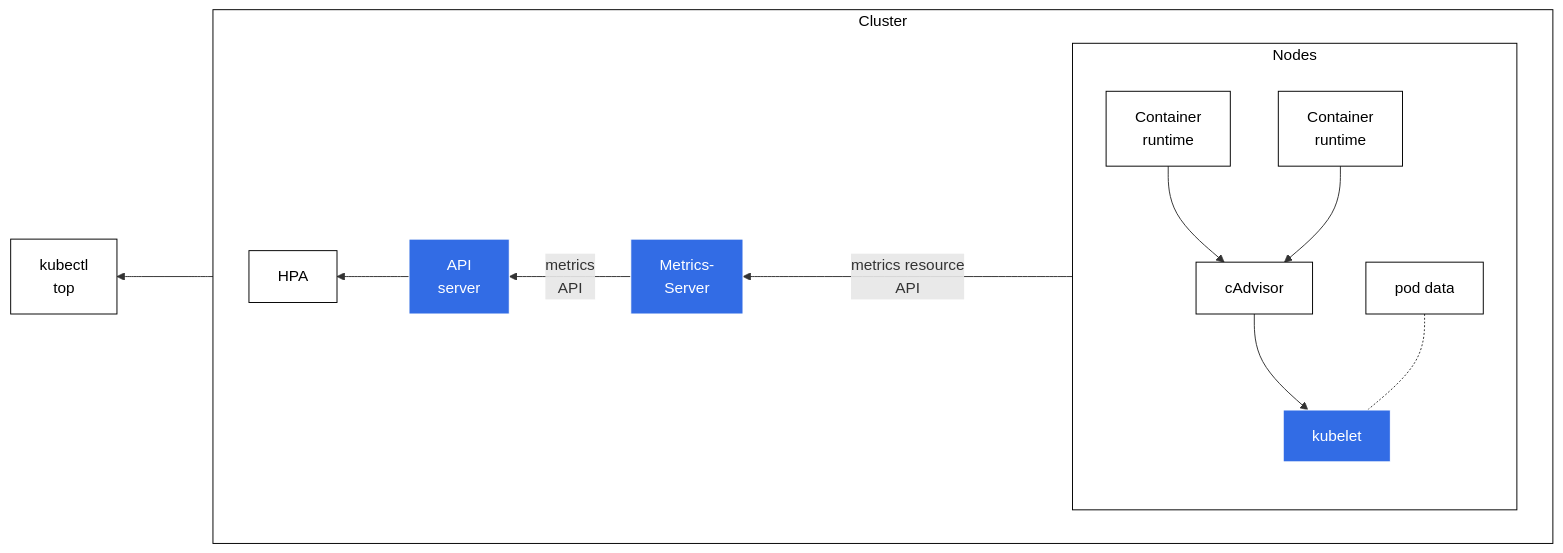
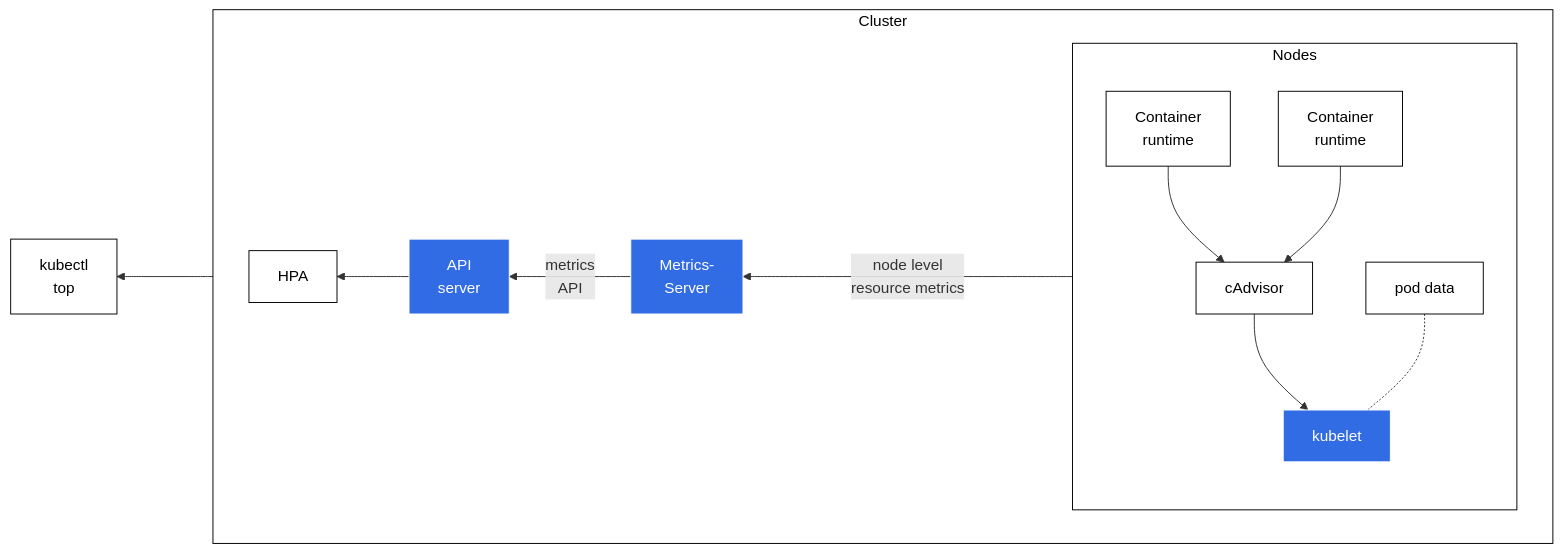
The diagram in content/en/docs/tasks/debug/debug-cluster/resource-metrics-pipeline.md (kubernetes/website), drawn with Mermaid before and after one commit.

Commit message:
Update resource metrics API to node level resource metrics

```diff
--- a/content/en/docs/tasks/debug/debug-cluster/resource-metrics-pipeline.md
+++ b/content/en/docs/tasks/debug/debug-cluster/resource-metrics-pipeline.md
@@ -38,25 +38,25 @@
 {{< mermaid >}}
 flowchart RL
 subgraph cluster[Cluster]
 direction RL
 S[ <br><br> ]
 A[Metrics-<br>Server]
 subgraph B[Nodes]
 direction TB
 D[cAdvisor] --> C[kubelet]
 E[Container<br>runtime] --> D
 E1[Container<br>runtime] --> D
 P[pod data] -.- C
 end
 L[API<br>server]
 W[HPA]
-C ---->|metrics resource<br>API| A -->|metrics<br>API| L --> W
+C ---->|node level<br>resource metrics| A -->|metrics<br>API| L --> W
 end
 L ---> K[kubectl<br>top]
 classDef box fill:#fff,stroke:#000,stroke-width:1px,color:#000;
 class W,B,P,K,cluster,D,E,E1 box
 classDef spacewhite fill:#ffffff,stroke:#fff,stroke-width:0px,color:#000
 class S spacewhite
 classDef k8s fill:#326ce5,stroke:#fff,stroke-width:1px,color:#fff;
 class A,L,C k8s
 {{< /mermaid >}}
```
